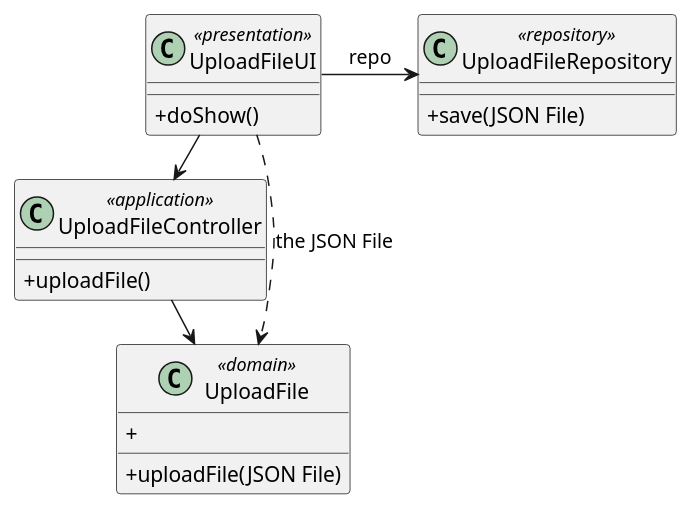
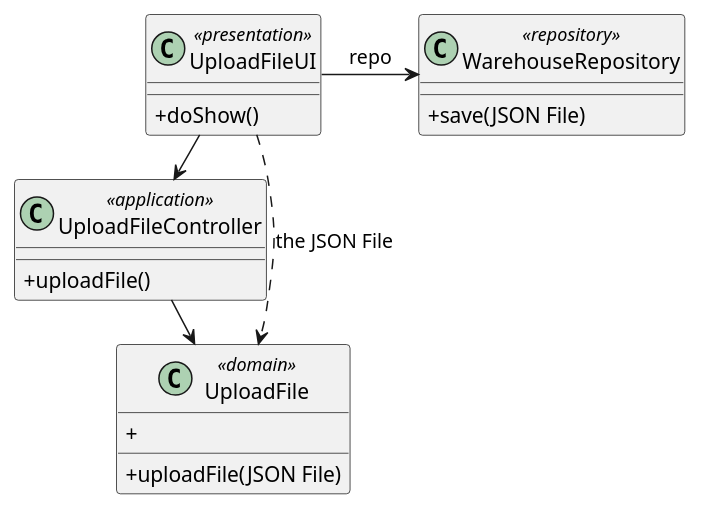
One commit to marttuga/LAPR4-SmartSystems changed the diagram in docs/Sprint2/US2001/US2001_CD.puml. Above: the diagram before and after it, drawn with PlantUML.

Commit message:
<L2L20-29> US2001 Design: CD(update)

```diff
--- a/docs/Sprint2/US2001/US2001_CD.puml
+++ b/docs/Sprint2/US2001/US2001_CD.puml
@@ -1,26 +1,26 @@
 @startuml
 skinparam classAttributeIconSize 0
 
 class UploadFileUI <<presentation>> {
     +doShow()
 }
 
 class UploadFileController <<application>> {
     +uploadFile()
 }
 
-class UploadFileRepository <<repository>> {
+class WarehouseRepository <<repository>> {
   +save(JSON File)
 }
 
 class UploadFile <<domain>>{
    +uploadFile(JSON File)
    +
 }
 
 UploadFileUI -> UploadFileController : theController
-UploadFileUI -> UploadFileRepository : repo
+UploadFileUI -> WarehouseRepository : repo
 UploadFileController -> UploadFile : the JSON File
 UploadFileUI ..> UploadFile : the JSON File
 
 @enduml
```
